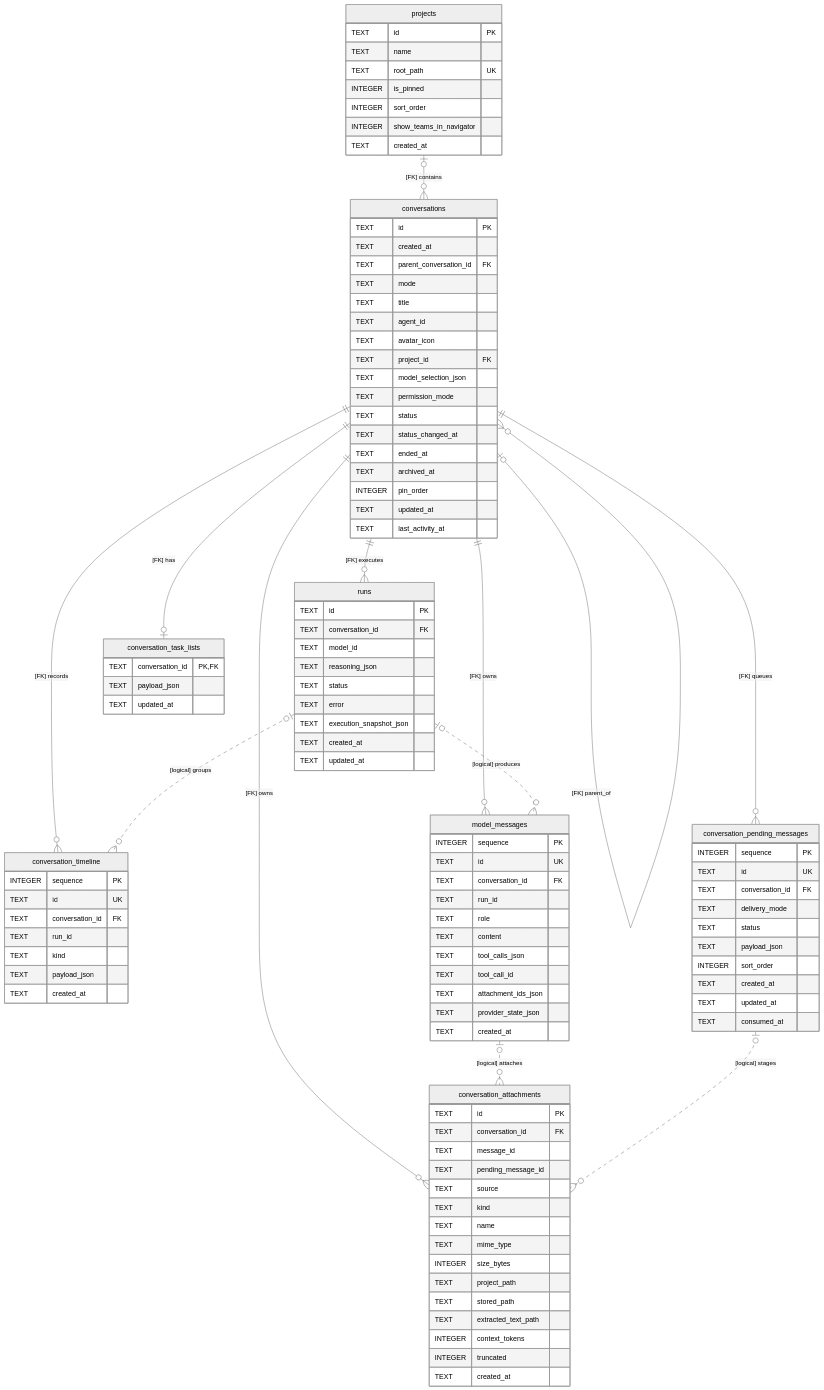
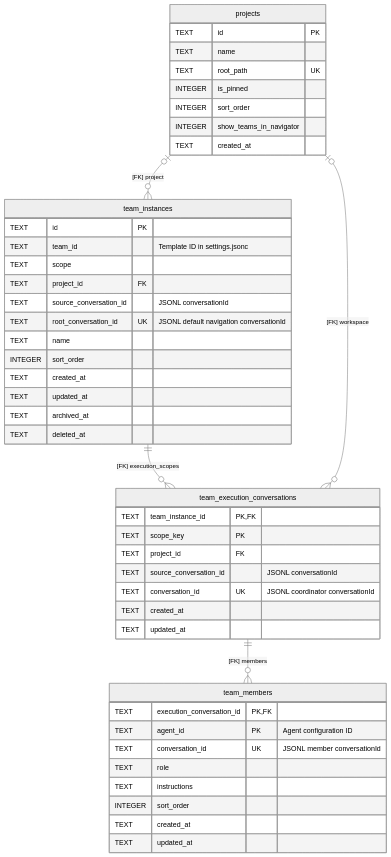
One commit to GuoWWWX/aster-agent changed the first of 5 diagrams in doc/21-数据库实体关系图.md. Above: the diagram before and after it, drawn with Mermaid (neutral theme). The commit also changed other lines of this file and 85 other files, not shown here.

````diff
--- a/doc/21-数据库实体关系图.md
+++ b/doc/21-数据库实体关系图.md
@@ -43,109 +74,44 @@
         TEXT created_at
     }
 
-    conversations {
+    team_instances {
         TEXT id PK
+        TEXT team_id "Template ID in settings.jsonc"
+        TEXT scope
+        TEXT project_id FK
+        TEXT source_conversation_id "JSONL conversationId"
+        TEXT root_conversation_id UK "JSONL default navigation conversationId"
+        TEXT name
+        INTEGER sort_order
         TEXT created_at
-        TEXT parent_conversation_id FK
-        TEXT mode
-        TEXT title
-        TEXT agent_id
-        TEXT avatar_icon
-        TEXT project_id FK
-        TEXT model_selection_json
-        TEXT permission_mode
-        TEXT status
-        TEXT status_changed_at
-        TEXT ended_at
+        TEXT updated_at
         TEXT archived_at
-        INTEGER pin_order
-        TEXT updated_at
-        TEXT last_activity_at
+        TEXT deleted_at
     }
 
-    runs {
-        TEXT id PK
-        TEXT conversation_id FK
-        TEXT model_id
-        TEXT reasoning_json
-        TEXT status
-        TEXT error
-        TEXT execution_snapshot_json
+    team_execution_conversations {
+        TEXT team_instance_id PK,FK
+        TEXT scope_key PK
+        TEXT project_id FK
+        TEXT source_conversation_id "JSONL conversationId"
+        TEXT conversation_id UK "JSONL coordinator conversationId"
         TEXT created_at
         TEXT updated_at
     }
 
-    conversation_timeline {
-        INTEGER sequence PK
-        TEXT id UK
-        TEXT conversation_id FK
-        TEXT run_id
-        TEXT kind
-        TEXT payload_json
-        TEXT created_at
-    }
-
-    model_messages {
-        INTEGER sequence PK
-        TEXT id UK
-        TEXT conversation_id FK
-        TEXT run_id
+    team_members {
+        TEXT execution_conversation_id PK,FK
+        TEXT agent_id PK "Agent configuration ID"
+        TEXT conversation_id UK "JSONL member conversationId"
         TEXT role
-        TEXT content
-        TEXT tool_calls_json
-        TEXT tool_call_id
-        TEXT attachment_ids_json
-        TEXT provider_state_json
-        TEXT created_at
-    }
-
-    conversation_pending_messages {
-        INTEGER sequence PK
-        TEXT id UK
-        TEXT conversation_id FK
-        TEXT delivery_mode
-        TEXT status
-        TEXT payload_json
+        TEXT instructions
         INTEGER sort_order
         TEXT created_at
         TEXT updated_at
-        TEXT consumed_at
     }
 
-    conversation_attachments {
-        TEXT id PK
-        TEXT conversation_id FK
-        TEXT message_id
-        TEXT pending_message_id
-        TEXT source
-        TEXT kind
-        TEXT name
-        TEXT mime_type
-        INTEGER size_bytes
-        TEXT project_path
-        TEXT stored_path
-        TEXT extracted_text_path
-        INTEGER context_tokens
-        INTEGER truncated
-        TEXT created_at
-    }
-
-    conversation_task_lists {
-        TEXT conversation_id PK,FK
-        TEXT payload_json
-        TEXT updated_at
-    }
-
-    projects o|--o{ conversations : "[FK] contains"
-    conversations o|--o{ conversations : "[FK] parent_of"
-    conversations ||--o{ runs : "[FK] executes"
-    conversations ||--o{ conversation_timeline : "[FK] records"
-    runs o|..o{ conversation_timeline : "[logical] groups"
-    conversations ||--o{ model_messages : "[FK] owns"
-    runs o|..o{ model_messages : "[logical] produces"
-    conversations ||--o{ conversation_pending_messages : "[FK] queues"
-    conversations ||--o{ conversation_attachments : "[FK] owns"
-    model_messages o|..o{ conversation_attachments : "[logical] attaches"
-    conversation_pending_messages o|..o{ conversation_attachments : "[logical] stages"
-    conversations ||--o| conversation_task_lists : "[FK] has"
+    projects o|--o{ team_instances : "[FK] project"
+    team_instances ||--o{ team_execution_conversations : "[FK] execution_scopes"
+    projects o|--o{ team_execution_conversations : "[FK] workspace"
+    team_execution_conversations ||--o{ team_members : "[FK] members"
 ```
````
